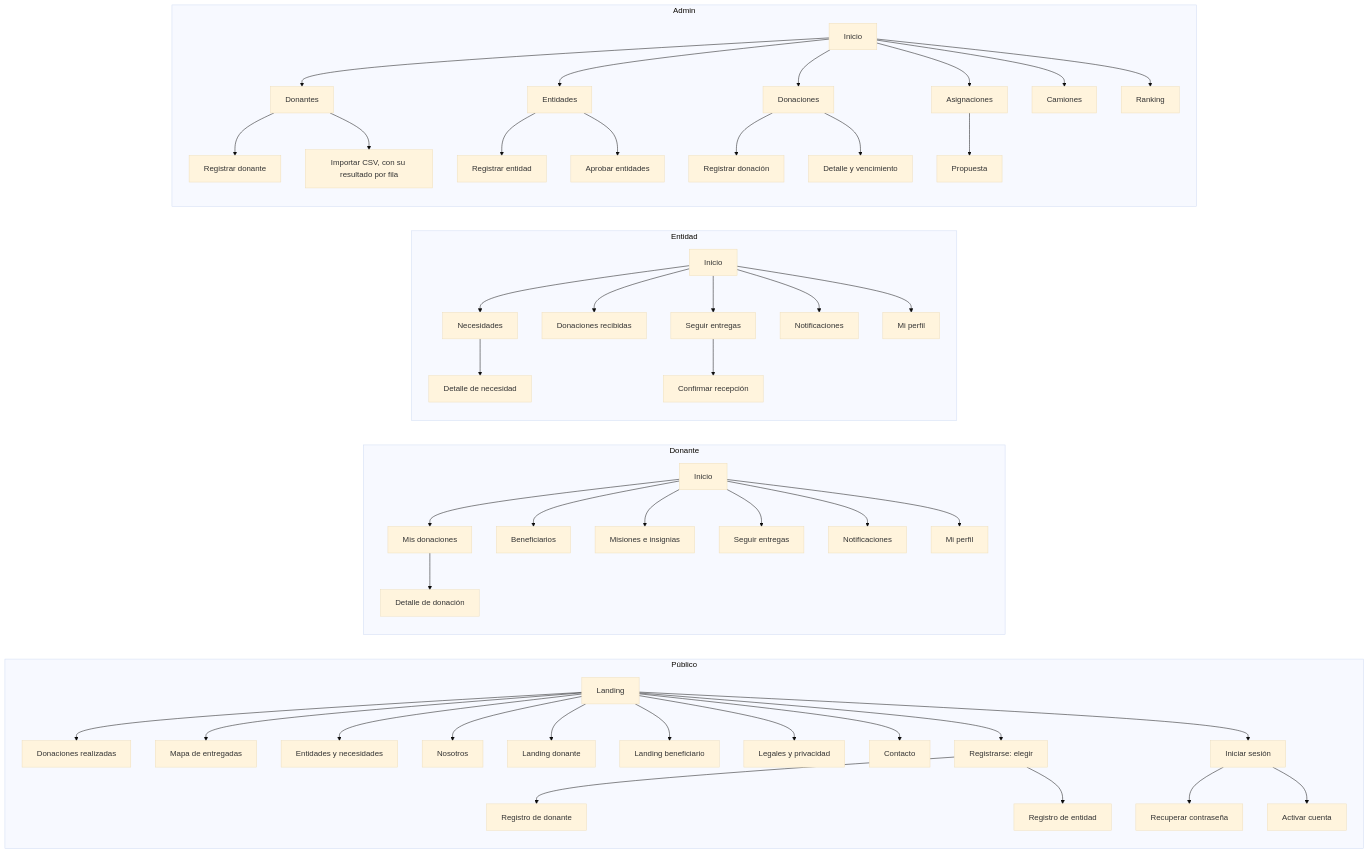
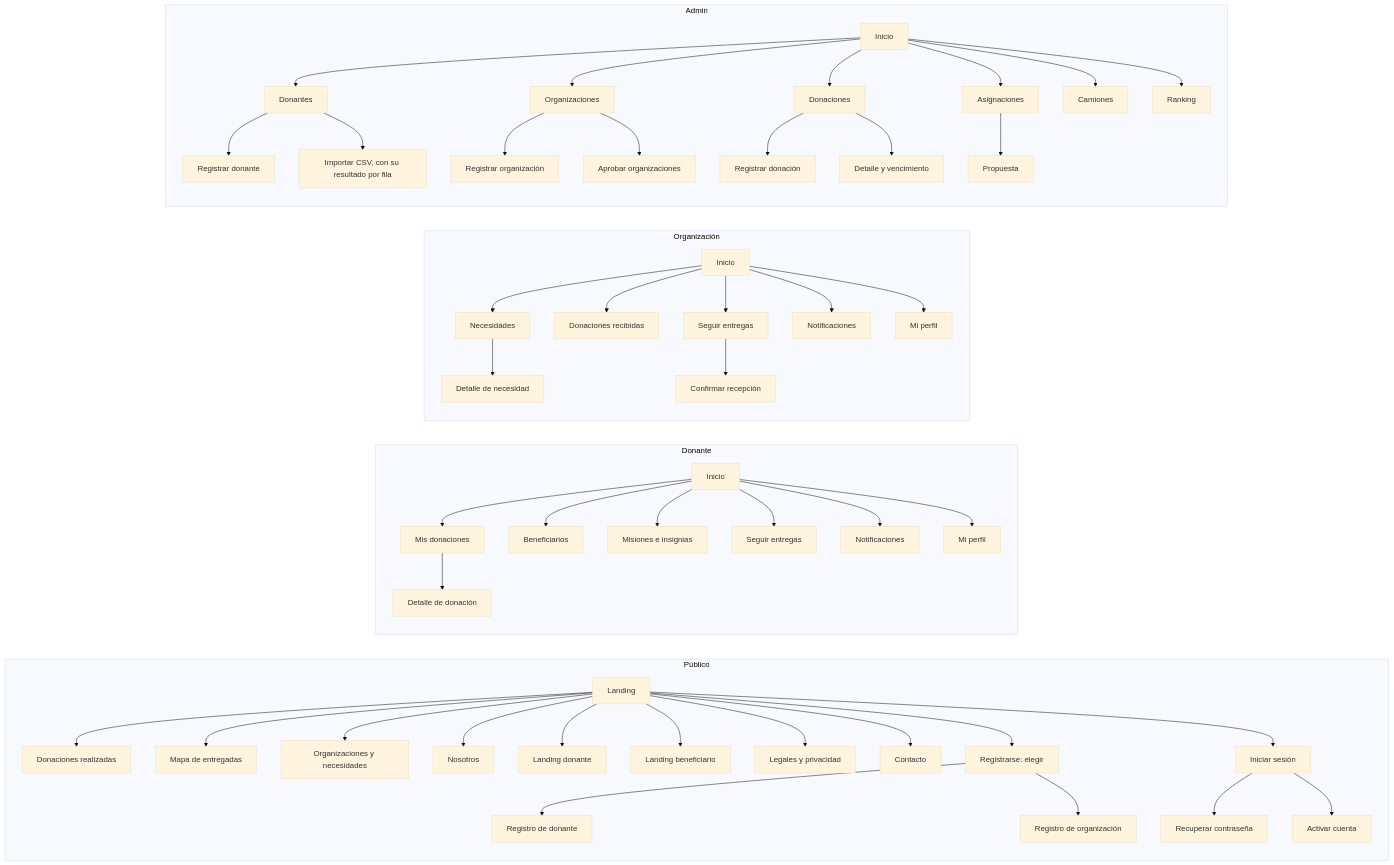
One commit to tsorren/DonaTrack-TP-DDS changed the diagram in docs/interfaz/mapa-del-sitio.md. Above: the diagram before and after it, drawn with Mermaid (base theme). The commit also changed other lines of this file and 97 other files, not shown here.

````diff
--- a/docs/interfaz/mapa-del-sitio.md
+++ b/docs/interfaz/mapa-del-sitio.md
@@ -12,48 +12,48 @@
 ```mermaid
 flowchart LR
   subgraph Publico["Público"]
     L[Landing] --> DR[Donaciones realizadas]
     L --> MP[Mapa de entregadas]
-    L --> EN[Entidades y necesidades]
+    L --> EN[Organizaciones y necesidades]
     L --> NO[Nosotros]
     L --> LD[Landing donante]
     L --> LB[Landing beneficiario]
     L --> LG[Legales y privacidad]
     L --> CO[Contacto]
     L --> IS[Iniciar sesión]
     L --> RE[Registrarse: elegir]
     RE --> RD[Registro de donante]
-    RE --> RN[Registro de entidad]
+    RE --> RN[Registro de organización]
     IS --> RC[Recuperar contraseña]
     IS --> AC[Activar cuenta]
   end
   subgraph Donante
     ID[Inicio] --> MD[Mis donaciones] --> DD[Detalle de donación]
     ID --> BE[Beneficiarios]
     ID --> MI[Misiones e insignias]
     ID --> SD[Seguir entregas]
     ID --> ND[Notificaciones]
     ID --> PD[Mi perfil]
   end
-  subgraph Entidad
+  subgraph Entidad["Organización"]
     IE[Inicio] --> NE[Necesidades] --> DN[Detalle de necesidad]
     IE --> DRc[Donaciones recibidas]
     IE --> SE[Seguir entregas] --> CR[Confirmar recepción]
     IE --> NN[Notificaciones]
     IE --> PE[Mi perfil]
   end
   subgraph Admin
     IA[Inicio] --> DOa[Donantes]
     DOa --> RDo[Registrar donante]
     DOa --> CSV[Importar CSV, con su resultado por fila]
-    IA --> ENa[Entidades]
-    ENa --> REn[Registrar entidad]
-    ENa --> AE[Aprobar entidades]
+    IA --> ENa[Organizaciones]
+    ENa --> REn[Registrar organización]
+    ENa --> AE[Aprobar organizaciones]
     IA --> DO[Donaciones]
     DO --> RDn[Registrar donación]
     DO --> DV[Detalle y vencimiento]
     IA --> AS[Asignaciones] --> PR[Propuesta]
     IA --> CA[Camiones]
     IA --> RK[Ranking]
   end
 ```
````
